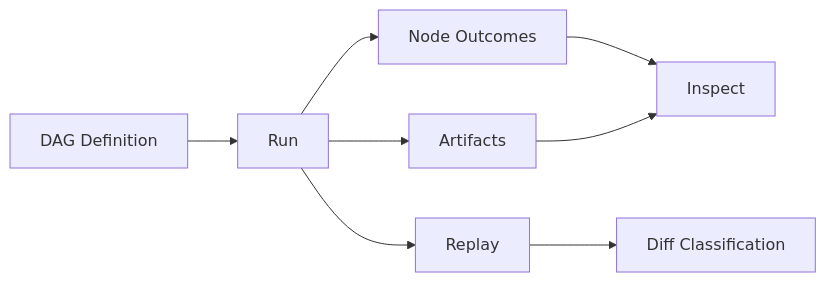
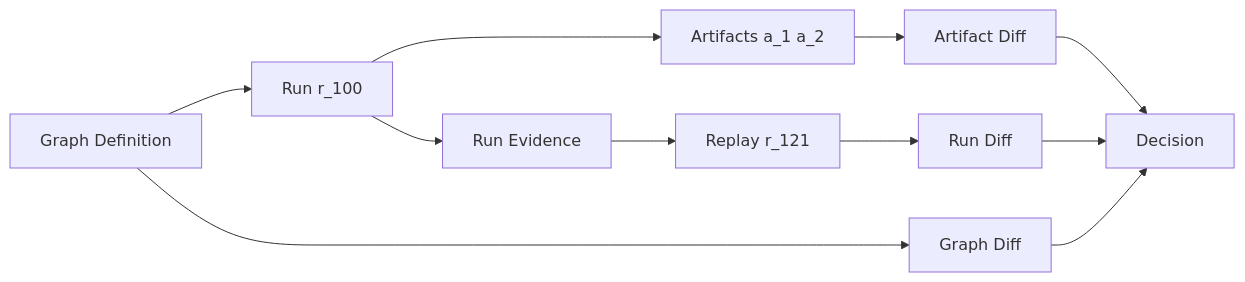
The diagram in docs/01-introduction/04-core-concepts.md (bijux/bijux-cli), drawn with Mermaid before and after one commit. The commit also changed other lines of this file and 1 other file, not shown here.

````diff
--- a/docs/01-introduction/04-core-concepts.md
+++ b/docs/01-introduction/04-core-concepts.md
@@ -84,10 +18,13 @@
 ```mermaid
 graph LR
-  A[DAG Definition] --> B[Run]
-  B --> C[Node Outcomes]
-  B --> D[Artifacts]
-  C --> E[Inspect]
-  D --> E
-  B --> F[Replay]
-  F --> G[Diff Classification]
+  A[Graph Definition] --> B[Run r_100]
+  B --> C[Artifacts a_1 a_2]
+  B --> D[Run Evidence]
+  D --> E[Replay r_121]
+  C --> F[Artifact Diff]
+  E --> G[Run Diff]
+  A --> H[Graph Diff]
+  F --> I[Decision]
+  G --> I
+  H --> I
 ```
````
